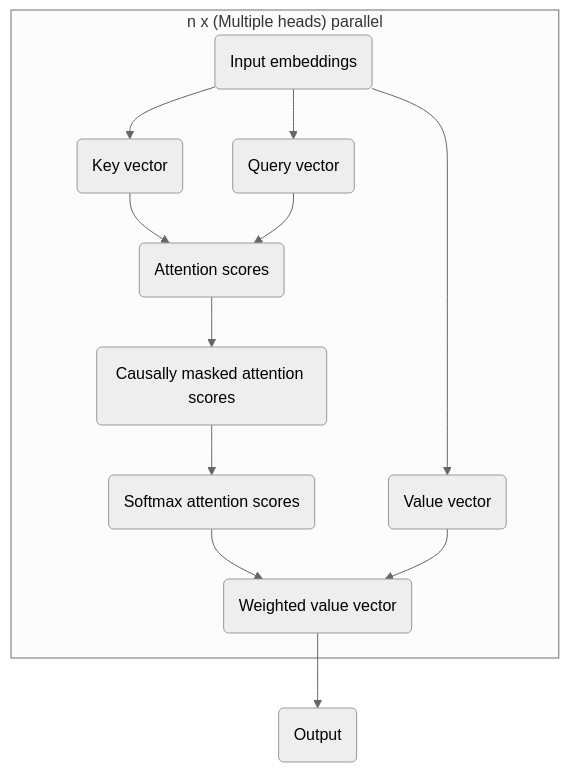
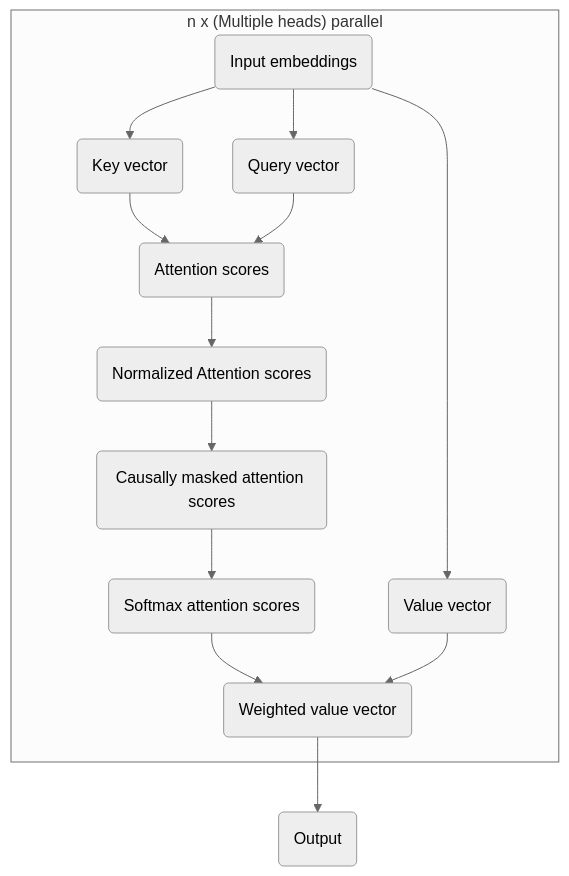
Before and after one commit to kongaskristjan/basics-from-scatch: the third of 3 diagrams in pretraining/README.md, drawn with Mermaid (neutral theme). The commit also changed 1 other file, not shown here.

Commit message:
continue partial commit: still adding transformer to lib/model.py

````diff
--- a/pretraining/README.md
+++ b/pretraining/README.md
@@ -52,26 +52,28 @@
 ```mermaid
 flowchart TD
 
 subgraph "n x (Multiple heads) parallel"
-input(Input embeddings)
-key(Key vector)
-query(Query vector)
-value(Value vector)
-attention(Attention scores)
-mask_attention(Causally masked attention scores)
-softmax_attention(Softmax attention scores)
-weighted_value(Weighted value vector)
+    input(Input embeddings)
+    key(Key vector)
+    query(Query vector)
+    value(Value vector)
+    attention(Attention scores)
+    norm_attention(Normalized Attention scores)
+    mask_attention(Causally masked attention scores)
+    softmax_attention(Softmax attention scores)
+    weighted_value(Weighted value vector)
 end
 output(Output)
 
 input --> key
 input --> query
 input --> value
 key --> attention
 query --> attention
-attention --> mask_attention
+attention --> norm_attention
+norm_attention --> mask_attention
 mask_attention --> softmax_attention
 softmax_attention --> weighted_value
 value --> weighted_value
 weighted_value --> output
 ```
````
